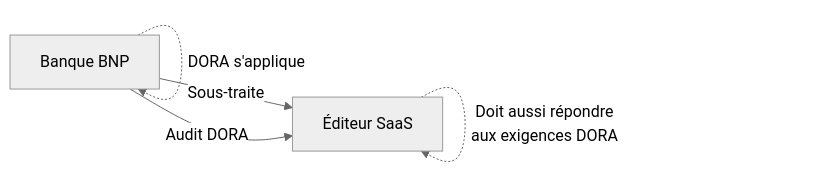
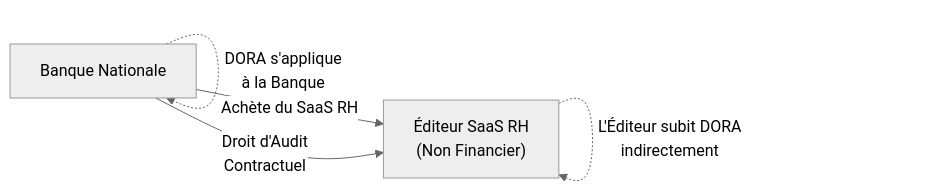
One commit to zyrass/omnydocs changed the sixth of 7 diagrams in docs/cursus-forensic/01-cycle-0-fondations/module-1-legislation/09-dora-pour-secteur-financier.md. Above: the diagram before and after it, drawn with Mermaid (neutral theme). The commit also changed other lines of this file and 171 other files, not shown here.

````diff
--- a/docs/cursus-forensic/01-cycle-0-fondations/module-1-legislation/09-dora-pour-secteur-financier.md
+++ b/docs/cursus-forensic/01-cycle-0-fondations/module-1-legislation/09-dora-pour-secteur-financier.md
@@ -216,9 +221,8 @@
 ```mermaid
 flowchart LR
-    A[Banque BNP] -->|Sous-traite| B[Éditeur SaaS]
-    A -.->|DORA s'applique| A
-    B -->|Hors finance pure<br>+ taille NIS2| B
-    B -.->|NIS2 s'applique| B
-    A -->|Audit DORA| B
-    B -.->|Doit aussi répondre<br>aux exigences DORA| B
+    A["Banque Nationale"] -->|"Achète du SaaS RH"| B["Éditeur SaaS RH<br>(Non Financier)"]
+    A -.->|"DORA s'applique<br>à la Banque"| A
+    B -.->|"NIS2 s'applique<br>à l'Éditeur"| B
+    A -->|"Droit d'Audit<br>Contractuel"| B
+    B -.->|"L'Éditeur subit DORA<br>indirectement"| B
 ```
````
